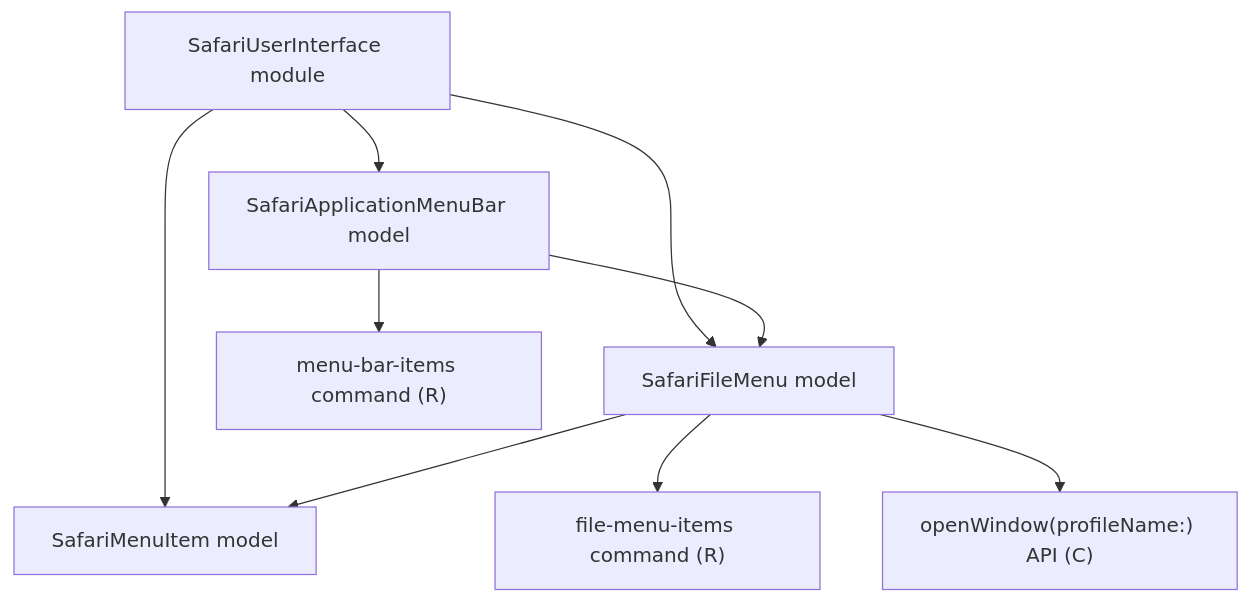
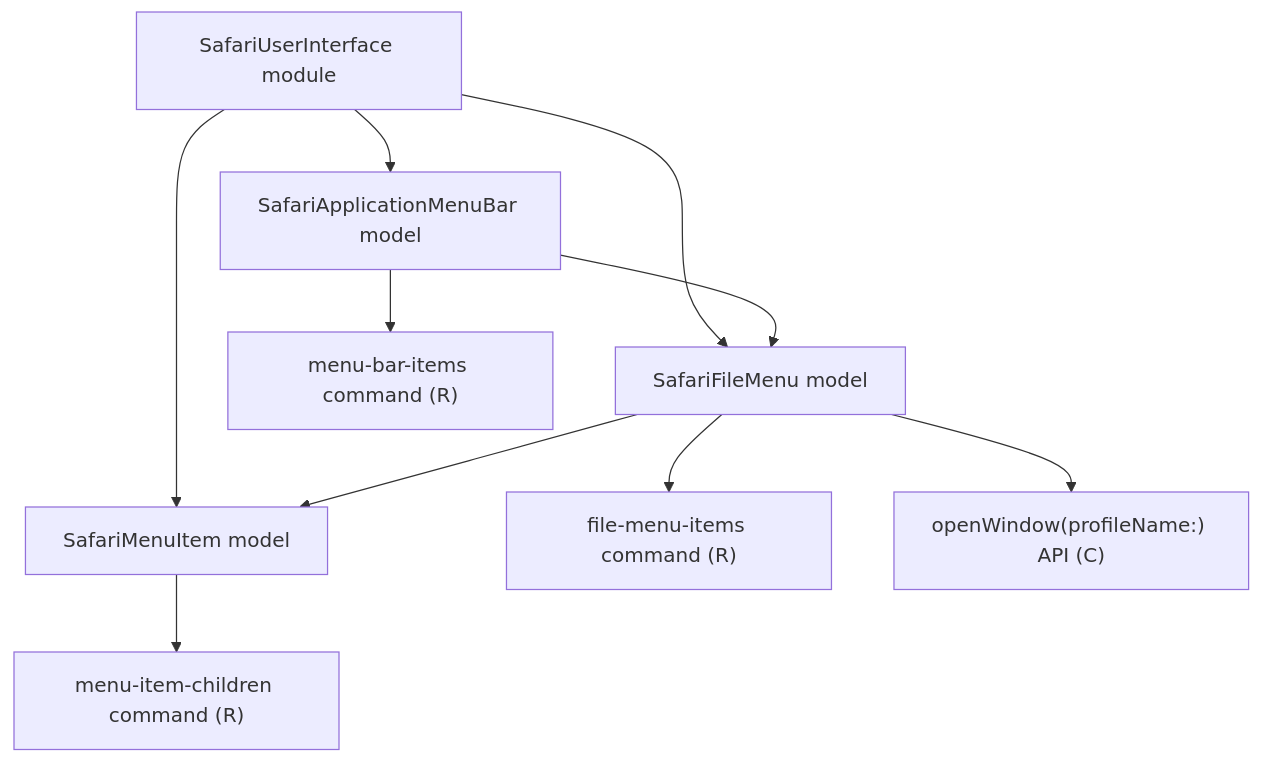
Before and after one commit to Glutexo/computer-automation: the diagram in docs/safari-user-interface-models.md, drawn with Mermaid. The commit also changed other lines of this file and 10 other files, not shown here.

Commit message:
feat: add safari menu item children command

````diff
--- a/docs/safari-user-interface-models.md
+++ b/docs/safari-user-interface-models.md
@@ -22,19 +22,21 @@
 ```mermaid
 flowchart TD
     SafariUI["SafariUserInterface module"]
     SafariMenuBar["SafariApplicationMenuBar model"]
     SafariFileMenu["SafariFileMenu model"]
     SafariMenuItem["SafariMenuItem model"]
     MenuBarItems["menu-bar-items command (R)"]
     FileMenuItems["file-menu-items command (R)"]
+    MenuItemChildren["menu-item-children command (R)"]
     OpenWindow["openWindow(profileName:) API (C)"]
 
     SafariUI --> SafariMenuBar
     SafariUI --> SafariFileMenu
     SafariUI --> SafariMenuItem
     SafariMenuBar --> SafariFileMenu
     SafariMenuBar --> MenuBarItems
     SafariFileMenu --> SafariMenuItem
     SafariFileMenu --> FileMenuItems
     SafariFileMenu --> OpenWindow
+    SafariMenuItem --> MenuItemChildren
 ```
````
